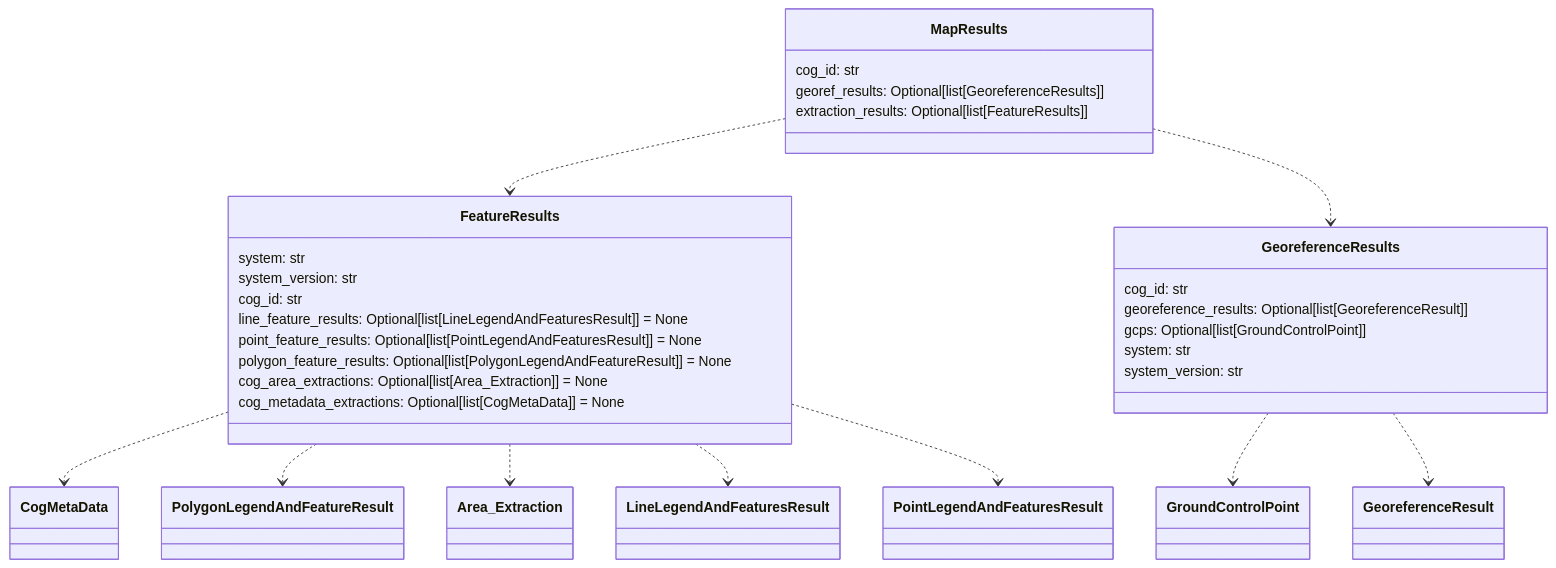
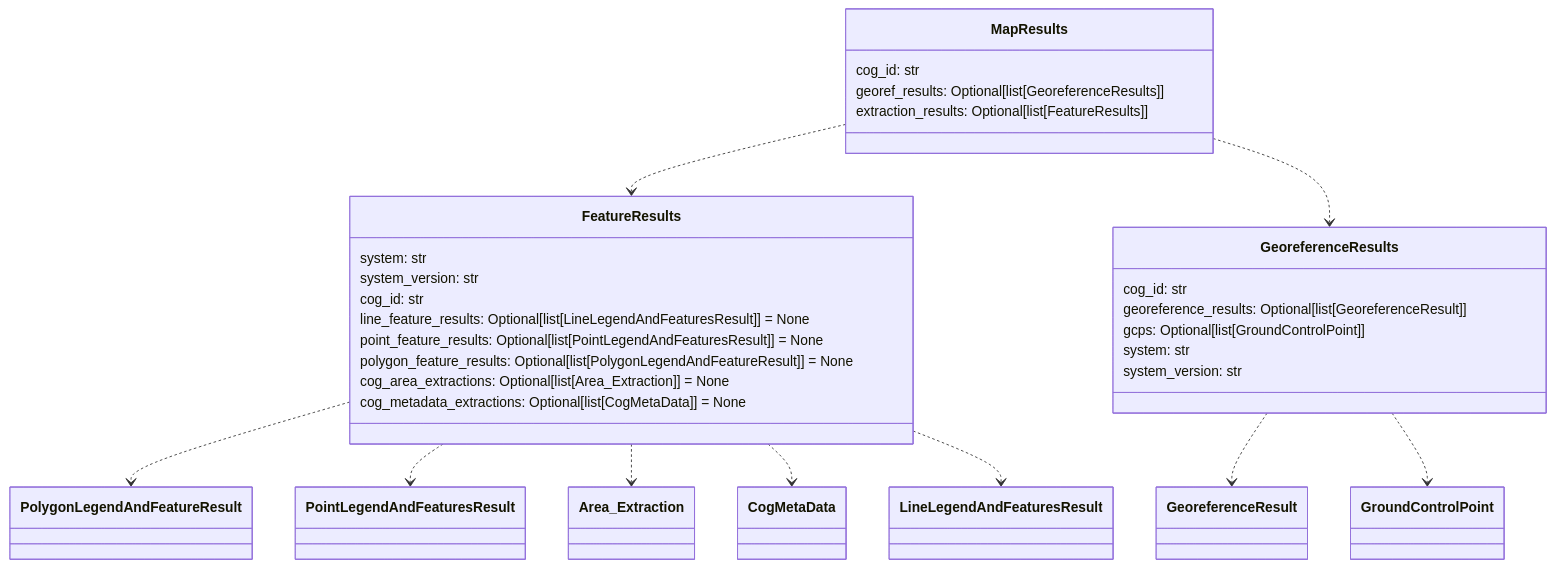
One commit to DARPA-CRITICALMAAS/cdr_schemas changed diagram 11 of 12 in README.md. Above: the diagram before and after it, drawn with Mermaid. The commit also changed other lines of this file and 3 other files, not shown here.

Commit message:
Updated descriptions of coordinates for polygon, line and point features

````diff
--- a/README.md
+++ b/README.md
@@ -867,40 +871,40 @@
 ```mermaid
 classDiagram
-
-    class FeatureResults {
-        system: str
-        system_version: str
-        cog_id: str
-        line_feature_results: Optional[list[LineLegendAndFeaturesResult]] = None
-        point_feature_results: Optional[list[PointLegendAndFeaturesResult]] = None
-        polygon_feature_results: Optional[list[PolygonLegendAndFeatureResult]] = None
-        cog_area_extractions: Optional[list[Area_Extraction]] = None
-        cog_metadata_extractions: Optional[list[CogMetaData]] = None
-    }
 
     class MapResults {
         cog_id: str
         georef_results: Optional[list[GeoreferenceResults]]
         extraction_results: Optional[list[FeatureResults]]
     }
 
     class GeoreferenceResults {
         cog_id: str
         georeference_results: Optional[list[GeoreferenceResult]]
         gcps: Optional[list[GroundControlPoint]]
         system: str
         system_version: str
     }
 
+    class FeatureResults {
+        system: str
+        system_version: str
+        cog_id: str
+        line_feature_results: Optional[list[LineLegendAndFeaturesResult]] = None
+        point_feature_results: Optional[list[PointLegendAndFeaturesResult]] = None
+        polygon_feature_results: Optional[list[PolygonLegendAndFeatureResult]] = None
+        cog_area_extractions: Optional[list[Area_Extraction]] = None
+        cog_metadata_extractions: Optional[list[CogMetaData]] = None
+    }
+
+    FeatureResults ..> PolygonLegendAndFeatureResult
+    FeatureResults ..> PointLegendAndFeaturesResult
+    FeatureResults ..> Area_Extraction
     FeatureResults ..> CogMetaData
-    FeatureResults ..> PolygonLegendAndFeatureResult
-    FeatureResults ..> Area_Extraction
     FeatureResults ..> LineLegendAndFeaturesResult
-    FeatureResults ..> PointLegendAndFeaturesResult
+    GeoreferenceResults ..> GeoreferenceResult
     GeoreferenceResults ..> GroundControlPoint
-    GeoreferenceResults ..> GeoreferenceResult
     MapResults ..> FeatureResults
     MapResults ..> GeoreferenceResults
 
 
 ```
````
